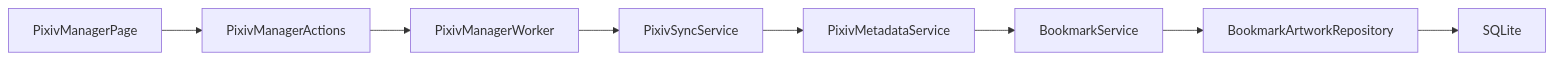
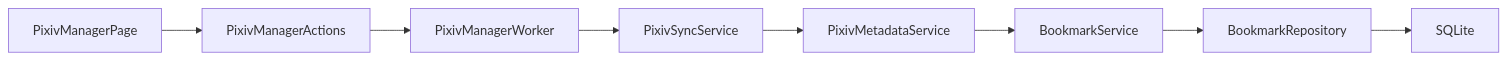
One commit to PKT0623/PixivLocalManager changed diagram 11 of 24 in docs/07_ARCHITECTURE.md. Above: the diagram before and after it, drawn with Mermaid. The commit also changed other lines of this file and 10 other files, not shown here.

Commit message:
docs: update V2 completion status and V3 roadmap

````diff
--- a/docs/07_ARCHITECTURE.md
+++ b/docs/07_ARCHITECTURE.md
@@ -541,12 +531,12 @@
 ```mermaid
 flowchart LR
 
 PixivManagerPage
 --> PixivManagerActions
 --> PixivManagerWorker
 --> PixivSyncService
 --> PixivMetadataService
 --> BookmarkService
---> BookmarkArtworkRepository
+--> BookmarkRepository
 --> SQLite
 ```
````
